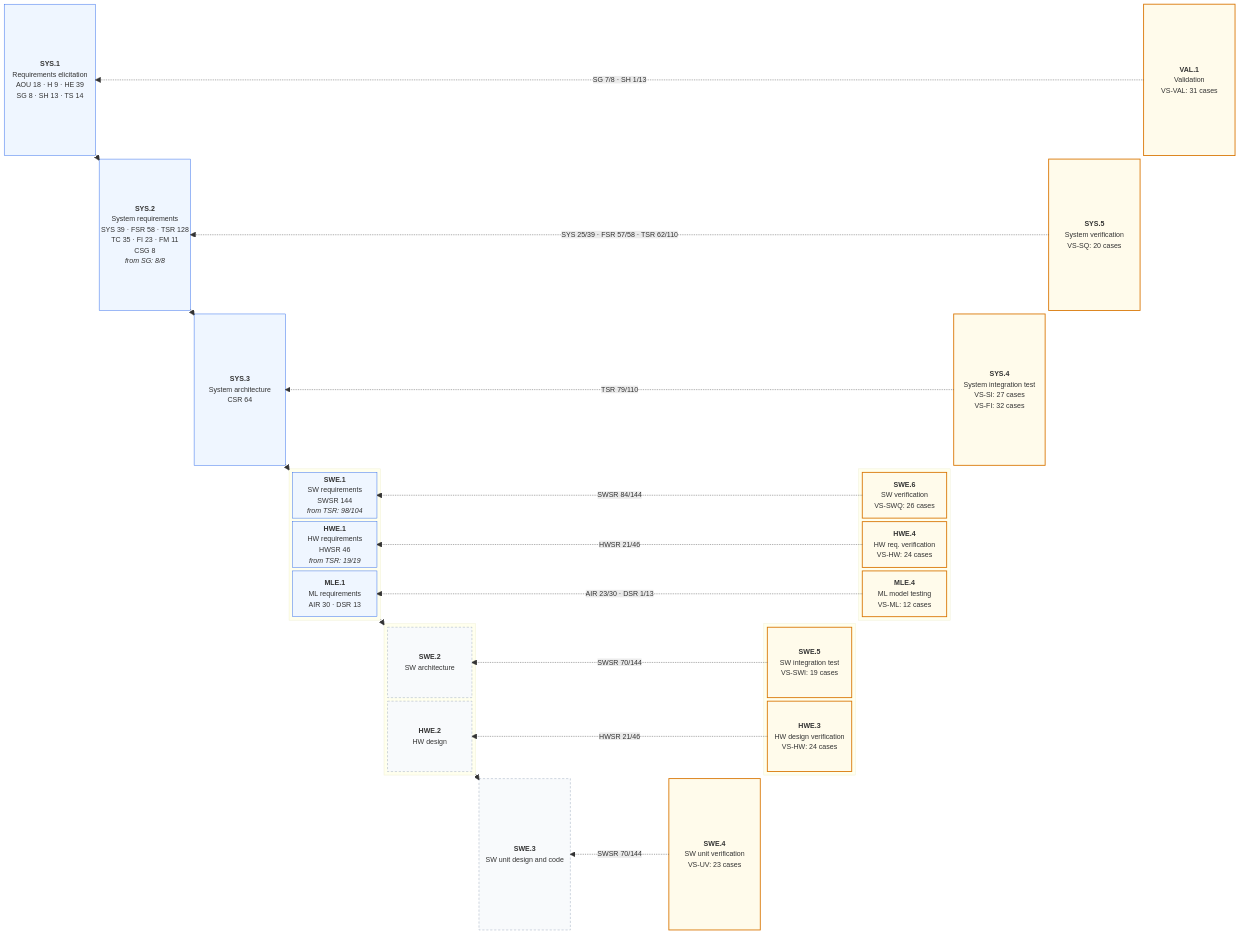
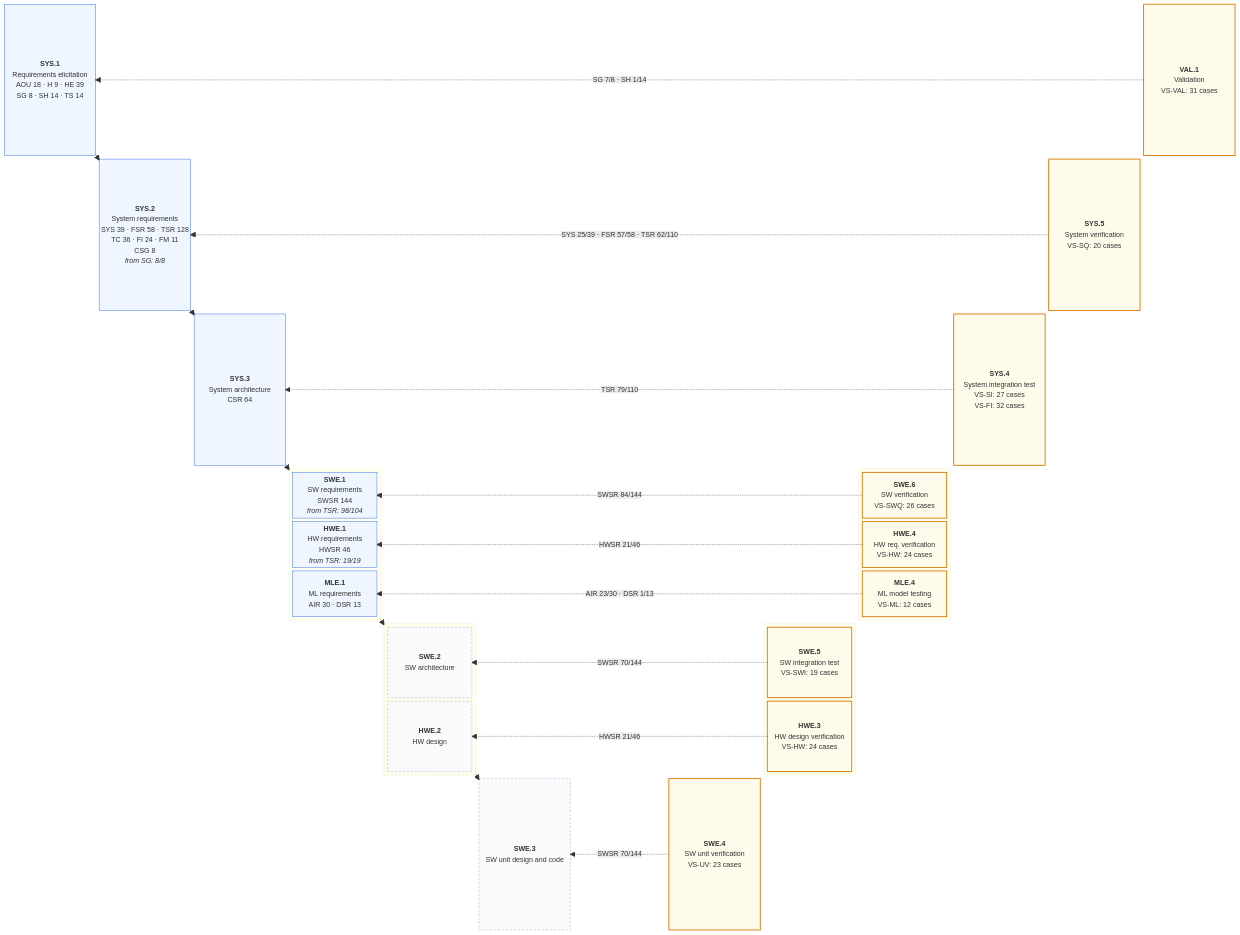
One commit to jherrodthomas/LionDriver changed the first of 2 diagrams in assurance/trace/maps/aspice-trace-map.md. Above: the diagram before and after it, drawn with Mermaid. The commit also changed other lines of this file and 36 other files, not shown here.

````diff
--- a/assurance/trace/maps/aspice-trace-map.md
+++ b/assurance/trace/maps/aspice-trace-map.md
@@ -22,7 +22,7 @@
 ```mermaid
 block-beta
   columns 13
-  SYS1["<b>SYS.1</b><br/>Requirements elicitation<br/>AOU 18 · H 9 · HE 39<br/>SG 8 · SH 13 · TS 14"]
+  SYS1["<b>SYS.1</b><br/>Requirements elicitation<br/>AOU 18 · H 9 · HE 39<br/>SG 8 · SH 14 · TS 14"]
   space
   space
   space
@@ -36,7 +36,7 @@
   space
   VAL1["<b>VAL.1</b><br/>Validation<br/>VS-VAL: 31 cases"]
   space
-  SYS2["<b>SYS.2</b><br/>System requirements<br/>SYS 39 · FSR 58 · TSR 128<br/>TC 35 · FI 23 · FM 11<br/>CSG 8<br/><i>from SG: 8/8</i>"]
+  SYS2["<b>SYS.2</b><br/>System requirements<br/>SYS 39 · FSR 58 · TSR 128<br/>TC 36 · FI 24 · FM 11<br/>CSG 8<br/><i>from SG: 8/8</i>"]
   space
   space
   space
@@ -123,7 +123,7 @@
   SYS3 --> L3
   L3 --> L4
   L4 --> SWE3
-  VAL1 -. "SG 7/8 · SH 1/13" .-> SYS1
+  VAL1 -. "SG 7/8 · SH 1/14" .-> SYS1
   SYS5 -. "SYS 25/39 · FSR 57/58 · TSR 62/110" .-> SYS2
   SYS4 -. "TSR 79/110" .-> SYS3
   SWE6 -. "SWSR 84/144" .-> SWE1
````
